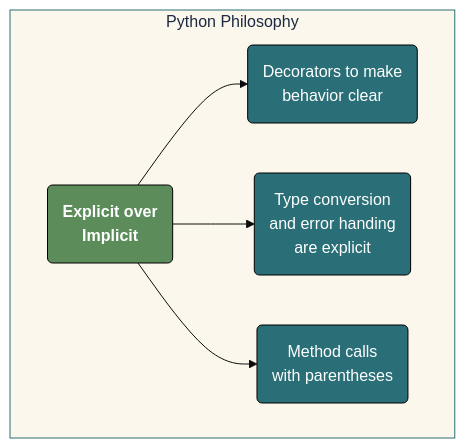
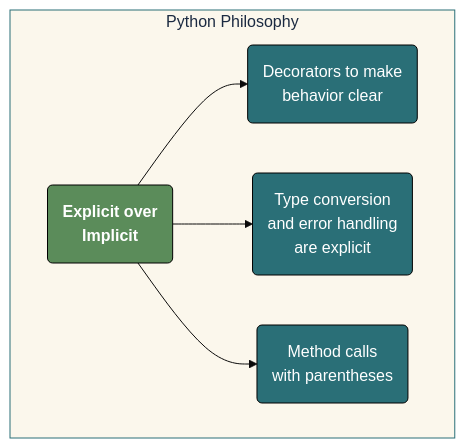
One commit to mjfrigaard/do4ds-labs changed the sixth of 7 diagrams in py-app-api.qmd. Above: the diagram before and after it, drawn with Mermaid. The commit also changed other lines of this file and 15 other files, not shown here.

````diff
--- a/py-app-api.qmd
+++ b/py-app-api.qmd
@@ -964,18 +974,18 @@
 ```{mermaid}
 %%| fig-cap: 'Python Design Philosophy'
 %%{init: {'theme': 'base', 'look': 'classic', 'themeVariables': {'fontFamily': 'monospace'}}}%%
 
 graph TB
     subgraph Py["Python Philosophy"]
         A("<strong>Explicit over<br>Implicit</strong>") --> A1("Decorators to make<br>behavior clear")
-        A --> A2("Type conversion<br>and error handing<br>are explicit")
+        A --> A2("Type conversion<br>and error handling<br>are explicit")
         A --> A4("Method calls<br>with parentheses")
     end
 
     style Py fill:#fbf7ec,stroke:#2A6F77,color:#1B2A41
     style A fill:#5B8C5A,stroke:#000000,stroke-width:1px,color:#ffffff
     style A1 fill:#2A6F77,stroke:#000000,stroke-width:1px,color:#ffffff
     style A2 fill:#2A6F77,stroke:#000000,stroke-width:1px,color:#ffffff
     style A4 fill:#2A6F77,stroke:#000000,stroke-width:1px,color:#ffffff
 
 ```
````
